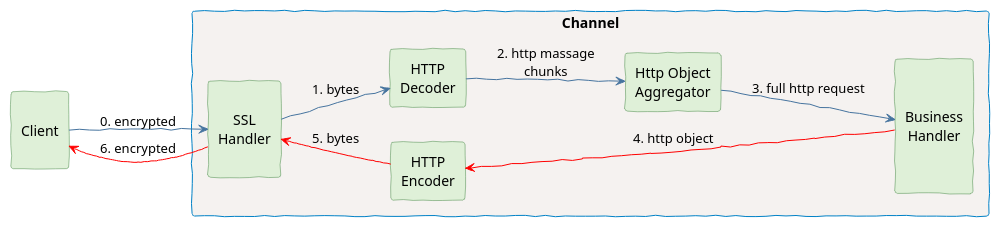
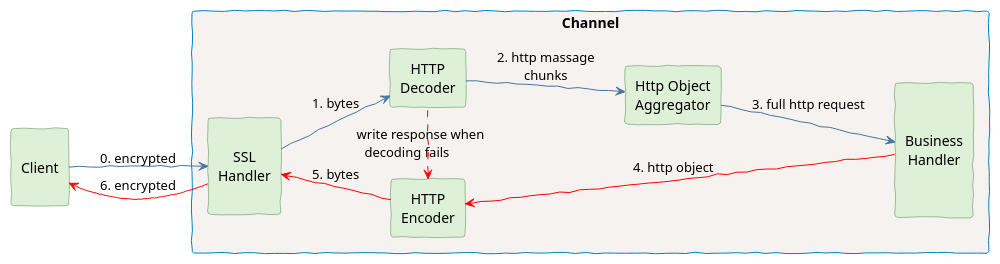
Before and after one commit to chenhm/blog: the first of 2 diagrams in post/2020-03-08-netty.adoc, drawn with PlantUML. The commit also changed other lines of this file, not shown here.

```diff
--- a/post/2020-03-08-netty.adoc
+++ b/post/2020-03-08-netty.adoc
@@ -36,40 +36,40 @@
 [plantuml]
 ----
 left to right direction
 skinparam handwritten true
 skinparam {
     defaultTextAlignment center
     shadowing false
     arrowColor #46749F
     RectangleBorderColor #CCCCCC
     RectangleBackgroundColor #F5F2F0
     ComponentBorderColor #46749F
     ComponentBackgroundColor #E5ECF0
     UsecaseBorderColor #46749F
     UsecaseBackgroundColor #E5ECF0
     ControlBorderColor #0081C6
     ControlBackgroundColor #55DDCA
     frameBorderColor #0081C6
     packageBorderColor #0081C6
     AgentBorderColor #468847
     AgentBackgroundColor #DFF0D8
     cardBorderColor transparent
 }
 
 agent "\nClient\n" as client
 rectangle "Channel"{
     agent "\nSSL\nHandler\n" as ssl
     agent "HTTP\nDecoder" as decoder
     agent "HTTP\nEncoder" as encoder
     agent "Http Object\nAggregator" as aggregator
     agent "\n\nBusiness\nHandler\n\n" as handler
 }
 client --> ssl: 0. encrypted
 ssl --> decoder: 1. bytes
 decoder --> aggregator: 2. http massage\nchunks
 aggregator --> handler: 3. full http request
 encoder <-[#red]- handler: 4. http object
 ssl <-[#red]- encoder: 5. bytes
 client <-[#red]- ssl: 6. encrypted
-decoder -[hidden]left- encoder
+decoder -[#red]left.> encoder: \twrite response when\ndecoding fails
 ----
```
